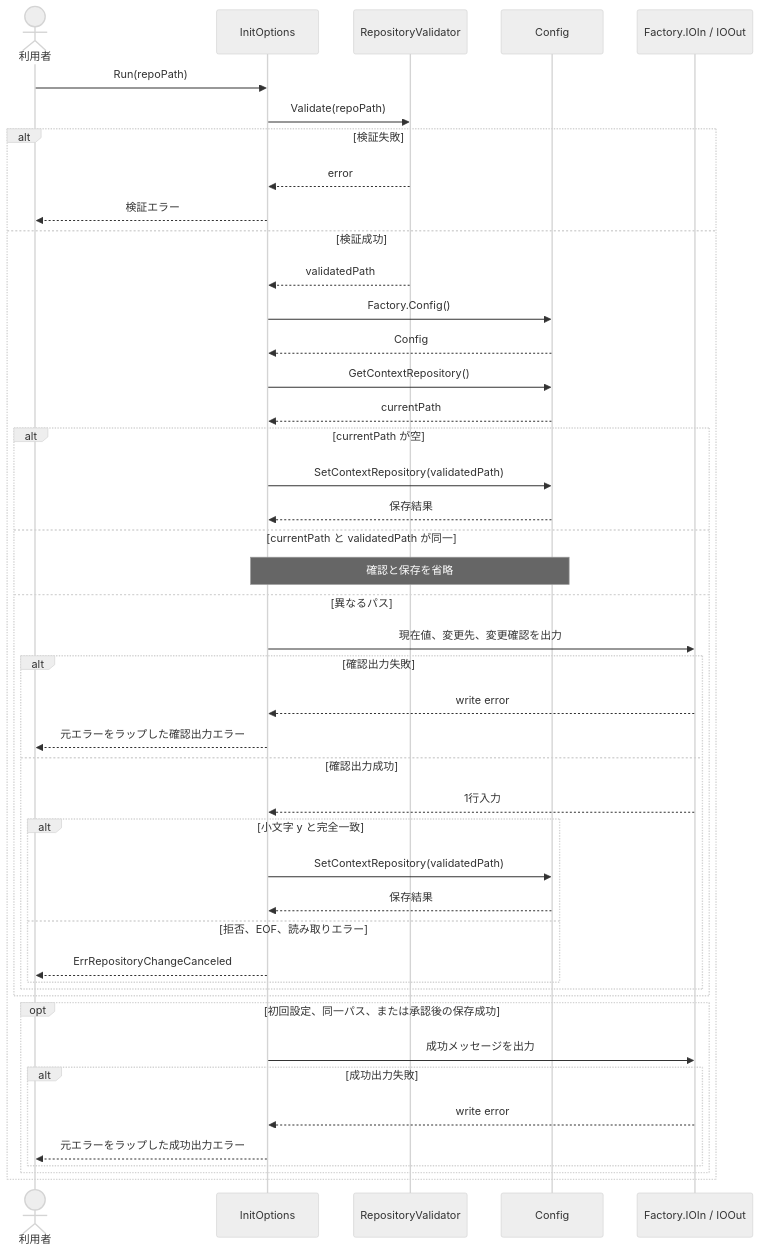
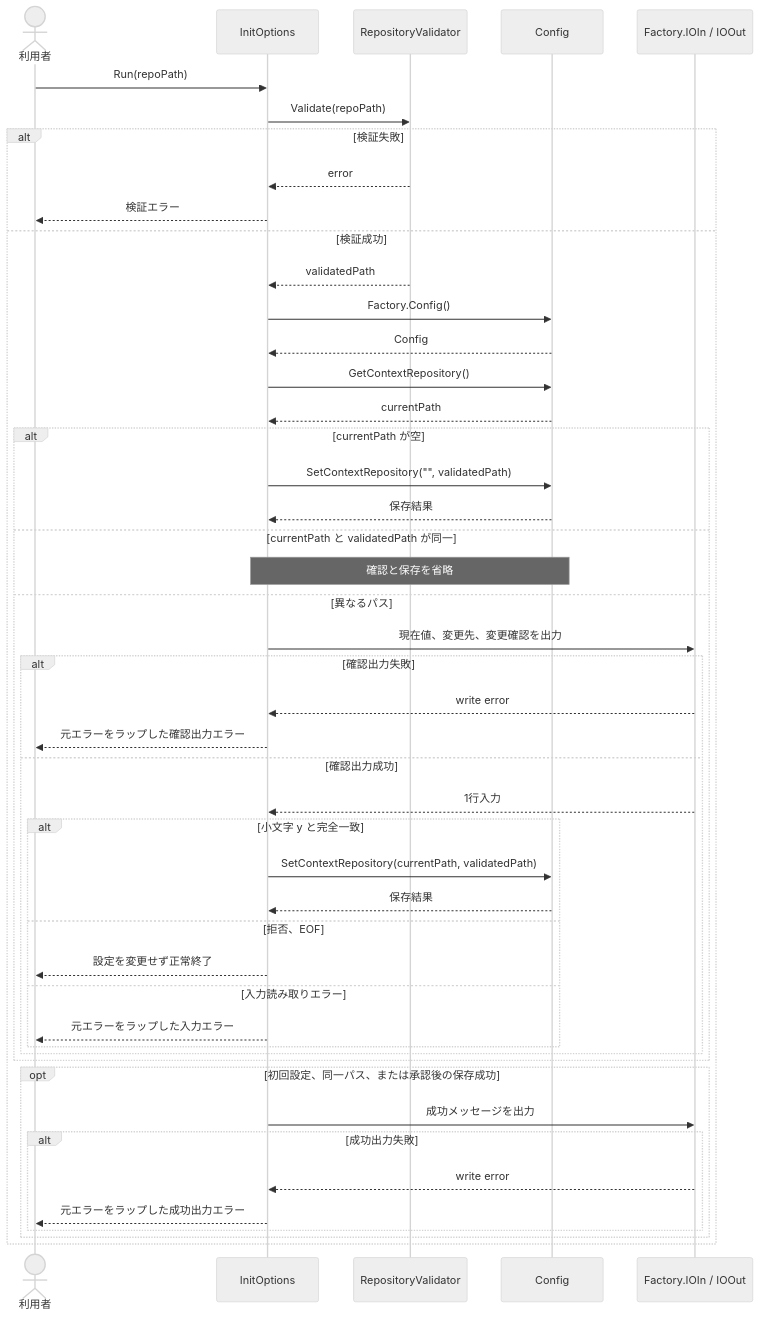
One commit to yukihito-jokyu/context-cli changed the second of 2 diagrams in docs/specs/spec-001-validate-context-repository/tasks/02-confirm-context-repository-change.md. Above: the diagram before and after it, drawn with Mermaid (neutral theme). The commit also changed other lines of this file, not shown here.

````diff
--- a/docs/specs/spec-001-validate-context-repository/tasks/02-confirm-context-repository-change.md
+++ b/docs/specs/spec-001-validate-context-repository/tasks/02-confirm-context-repository-change.md
@@ -44,48 +47,50 @@
 ```mermaid
 sequenceDiagram
     actor User as 利用者
     participant Init as InitOptions
     participant Validator as RepositoryValidator
     participant Config as Config
     participant IO as Factory.IOIn / IOOut
 
     User->>Init: Run(repoPath)
     Init->>Validator: Validate(repoPath)
     alt 検証失敗
         Validator-->>Init: error
         Init-->>User: 検証エラー
     else 検証成功
         Validator-->>Init: validatedPath
         Init->>Config: Factory.Config()
         Config-->>Init: Config
         Init->>Config: GetContextRepository()
         Config-->>Init: currentPath
         alt currentPath が空
-            Init->>Config: SetContextRepository(validatedPath)
+            Init->>Config: SetContextRepository("", validatedPath)
             Config-->>Init: 保存結果
         else currentPath と validatedPath が同一
             Note over Init,Config: 確認と保存を省略
         else 異なるパス
             Init->>IO: 現在値、変更先、変更確認を出力
             alt 確認出力失敗
                 IO-->>Init: write error
                 Init-->>User: 元エラーをラップした確認出力エラー
             else 確認出力成功
                 IO-->>Init: 1行入力
                 alt 小文字 y と完全一致
-                    Init->>Config: SetContextRepository(validatedPath)
+                    Init->>Config: SetContextRepository(currentPath, validatedPath)
                     Config-->>Init: 保存結果
-                else 拒否、EOF、読み取りエラー
-                    Init-->>User: ErrRepositoryChangeCanceled
+                else 拒否、EOF
+                    Init-->>User: 設定を変更せず正常終了
+                else 入力読み取りエラー
+                    Init-->>User: 元エラーをラップした入力エラー
                 end
             end
         end
         opt 初回設定、同一パス、または承認後の保存成功
             Init->>IO: 成功メッセージを出力
             alt 成功出力失敗
                 IO-->>Init: write error
                 Init-->>User: 元エラーをラップした成功出力エラー
             end
         end
     end
 ```
````
